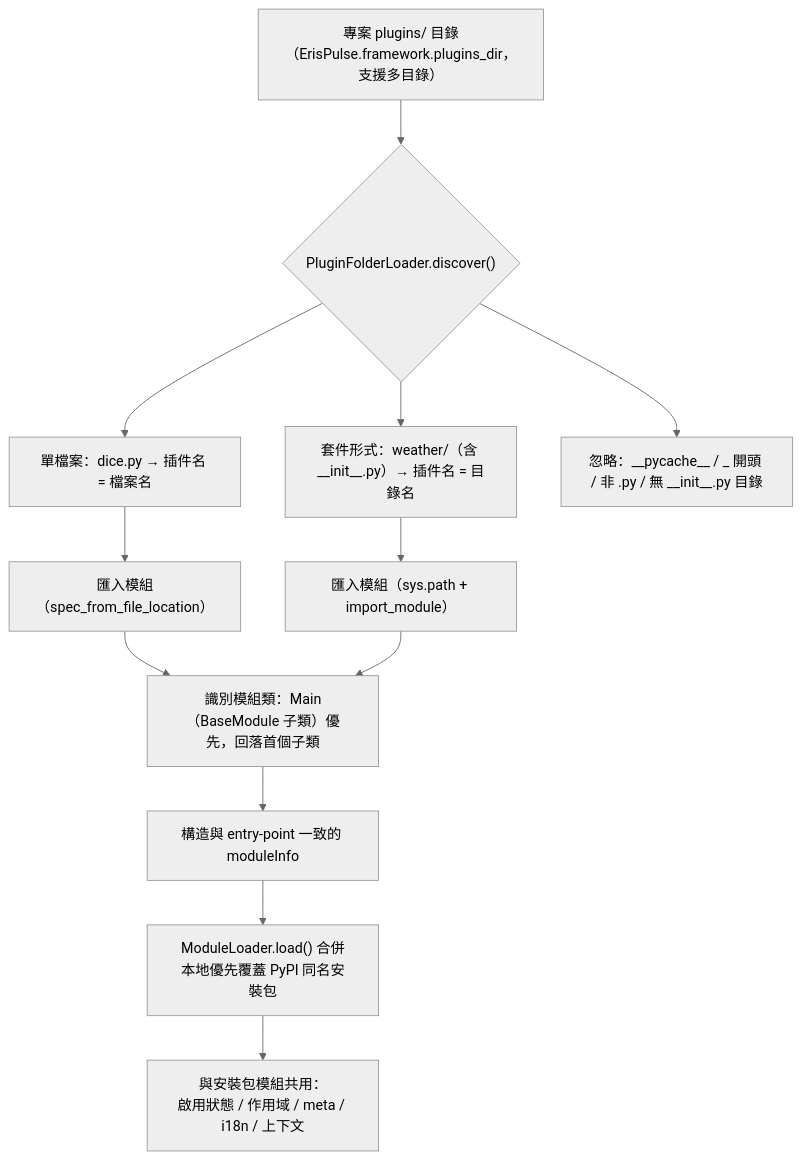
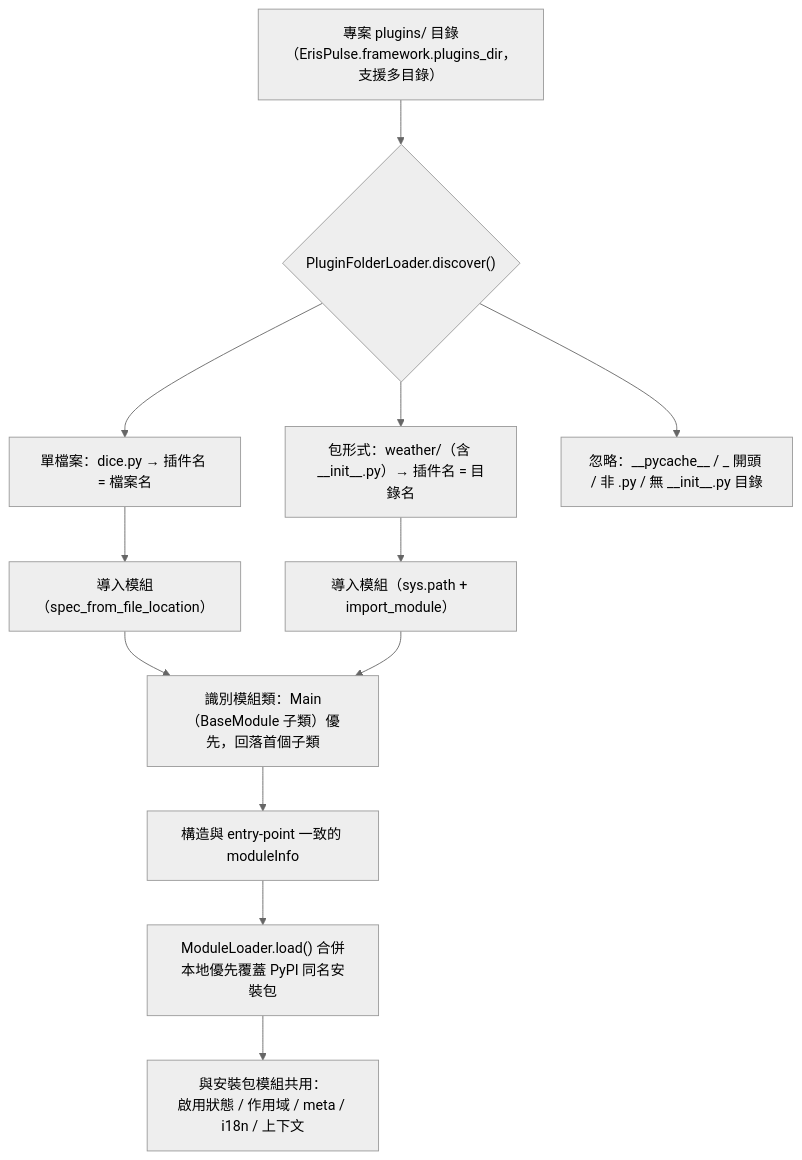
One commit to ErisPulse/ErisPulse changed the eighth of 10 diagrams in docs/zh-TW/architecture.md. Above: the diagram before and after it, drawn with Mermaid (neutral theme). The commit also changed other lines of this file and 828 other files, not shown here.

````diff
--- a/docs/zh-TW/architecture.md
+++ b/docs/zh-TW/architecture.md
@@ -258,14 +261,14 @@
 ```mermaid
 flowchart TD
     A["專案 plugins/ 目錄<br/>（ErisPulse.framework.plugins_dir，支援多目錄）"] --> B{"PluginFolderLoader.discover()"}
     B --> C["單檔案：dice.py → 插件名 = 檔案名"]
-    B --> D["套件形式：weather/（含 __init__.py）→ 插件名 = 目錄名"]
+    B --> D["包形式：weather/（含 __init__.py）→ 插件名 = 目錄名"]
     B --> E["忽略：__pycache__ / _ 開頭 / 非 .py / 無 __init__.py 目錄"]
-    C --> F["匯入模組（spec_from_file_location）"]
-    D --> G["匯入模組（sys.path + import_module）"]
+    C --> F["導入模組（spec_from_file_location）"]
+    D --> G["導入模組（sys.path + import_module）"]
     F --> H["識別模組類：Main（BaseModule 子類）優先，回落首個子類"]
     G --> H
     H --> I["構造與 entry-point 一致的 moduleInfo"]
     I --> J["ModuleLoader.load() 合併<br/>本地優先覆蓋 PyPI 同名安裝包"]
     J --> K["與安裝包模組共用：<br/>啟用狀態 / 作用域 / meta / i18n / 上下文"]
 ```
````
